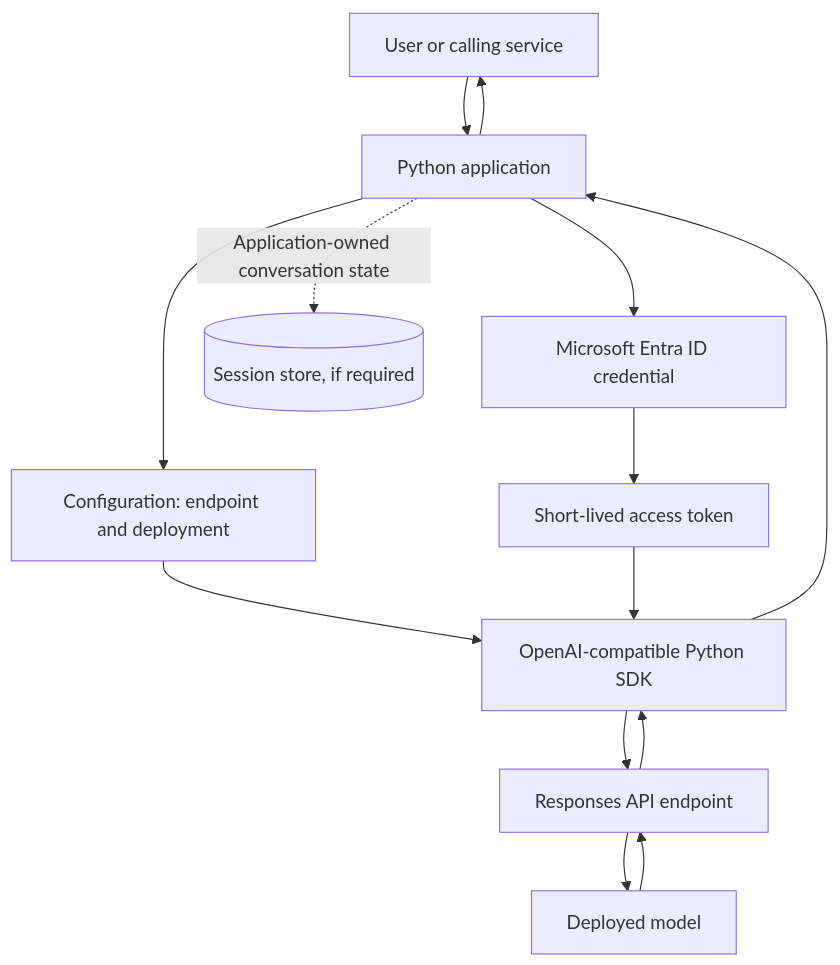
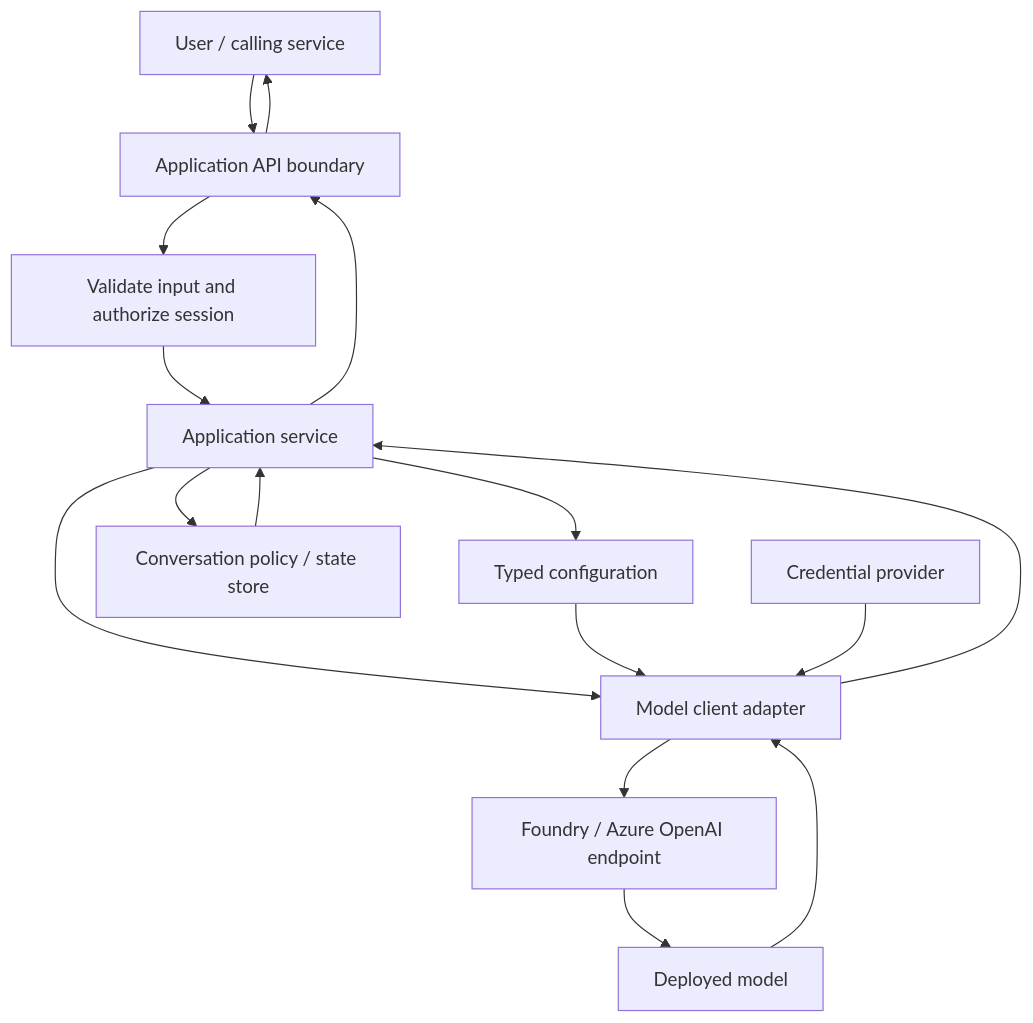
Before and after one commit to MihirKJha/enterprise-ai-engineering-handbook: the diagram in docs/10-cloud-ai-engineering/01-azure-ai/generative-ai/02-building-generative-ai-applications-with-python.md, drawn with Mermaid. The commit also changed other lines of this file and 3 other files, not shown here.

````diff
--- a/docs/10-cloud-ai-engineering/01-azure-ai/generative-ai/02-building-generative-ai-applications-with-python.md
+++ b/docs/10-cloud-ai-engineering/01-azure-ai/generative-ai/02-building-generative-ai-applications-with-python.md
@@ -36,16 +51,18 @@
 ```mermaid
 flowchart TD
-    U[User or calling service] --> APP[Python application]
-    APP --> CFG[Configuration: endpoint and deployment]
-    APP --> AUTH[Microsoft Entra ID credential]
-    AUTH --> TOK[Short-lived access token]
-    CFG --> SDK[OpenAI-compatible Python SDK]
-    TOK --> SDK
-    SDK --> API[Responses API endpoint]
-    API --> MODEL[Deployed model]
-    MODEL --> API
-    API --> SDK
-    SDK --> APP
-    APP --> U
-    APP -. Application-owned conversation state .-> STORE[(Session store, if required)]
+    U[User / calling service] --> API[Application API boundary]
+    API --> V[Validate input and authorize session]
+    V --> S[Application service]
+    S --> CFG[Typed configuration]
+    S --> HIST[Conversation policy / state store]
+    S --> CLIENT[Model client adapter]
+    CFG --> CLIENT
+    AUTH[Credential provider] --> CLIENT
+    CLIENT --> ENDPOINT[Foundry / Azure OpenAI endpoint]
+    ENDPOINT --> MODEL[Deployed model]
+    MODEL --> CLIENT
+    CLIENT --> S
+    HIST --> S
+    S --> API
+    API --> U
 ```
````
